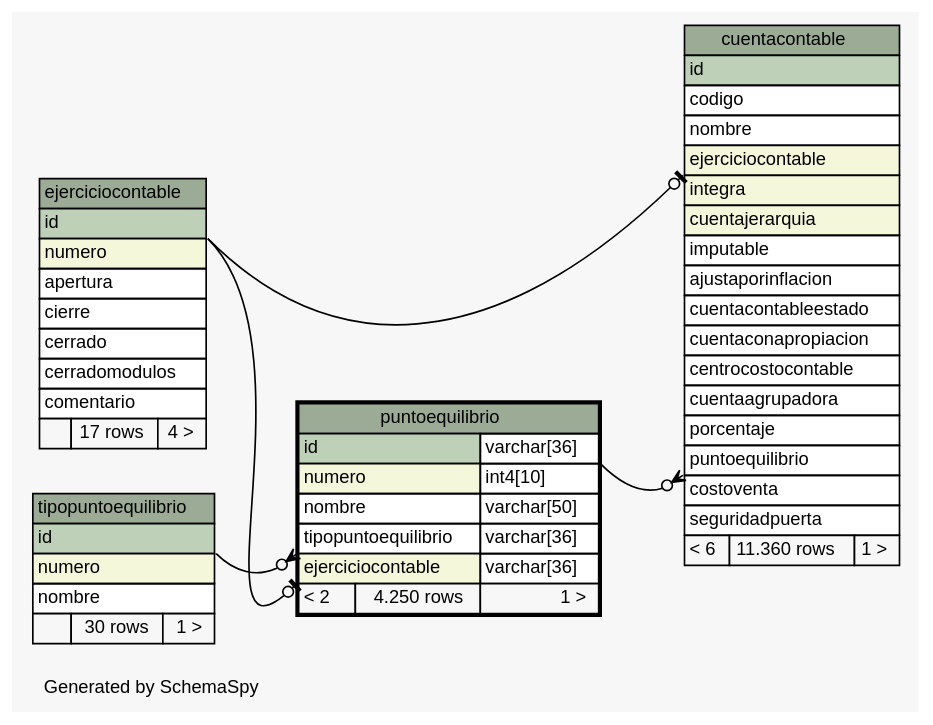
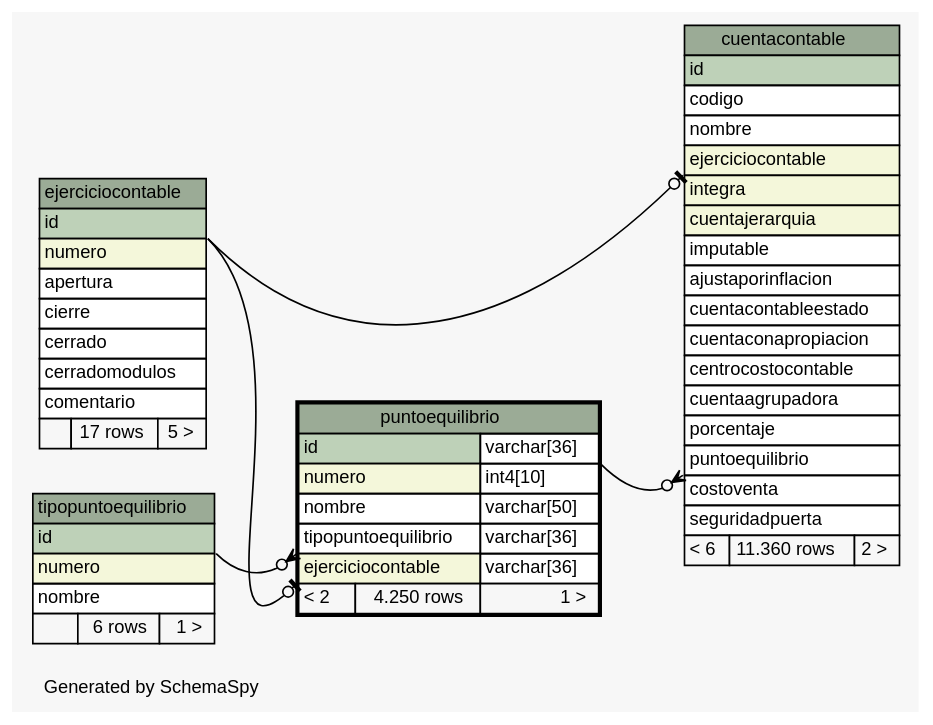
One commit to diegopablomansilla/ms14 changed the diagram in files/db/pp/schema/diagrams/puntoequilibrio.1degree.dot. Above: the diagram before and after it, drawn with Graphviz. The commit also changed 134 other files, not shown here.

```diff
--- a/files/db/pp/schema/diagrams/puntoequilibrio.1degree.dot
+++ b/files/db/pp/schema/diagrams/puntoequilibrio.1degree.dot
@@ -1,93 +1,93 @@
 // dot 2.2.1 on Windows 10 10.0
 // SchemaSpy rev 590
 digraph "oneDegreeRelationshipsDiagram" {
   graph [
     rankdir="RL"
     bgcolor="#f7f7f7"
     label="\nGenerated by SchemaSpy"
     labeljust="l"
     nodesep="0.18"
     ranksep="0.46"
     fontname="Helvetica"
     fontsize="11"
   ];
   node [
     fontname="Helvetica"
     fontsize="11"
     shape="plaintext"
   ];
   edge [
     arrowsize="0.8"
   ];
   "cuentacontable":"ejerciciocontable":sw -> "ejerciciocontable":"id":se [arrowhead=none dir=back arrowtail=teeodot];
   "cuentacontable":"puntoequilibrio":sw -> "puntoequilibrio":"id.type":se [arrowhead=none dir=back arrowtail=crowodot];
   "puntoequilibrio":"ejerciciocontable":sw -> "ejerciciocontable":"id":se [arrowhead=none dir=back arrowtail=teeodot];
   "puntoequilibrio":"tipopuntoequilibrio":sw -> "tipopuntoequilibrio":"id":se [arrowhead=none dir=back arrowtail=crowodot];
   "cuentacontable" [
     label=<
     <TABLE BORDER="0" CELLBORDER="1" CELLSPACING="0" BGCOLOR="#ffffff">
       <TR><TD COLSPAN="3" BGCOLOR="#9bab96" ALIGN="CENTER">cuentacontable</TD></TR>
       <TR><TD PORT="id" COLSPAN="3" BGCOLOR="#bed1b8" ALIGN="LEFT">id</TD></TR>
       <TR><TD PORT="codigo" COLSPAN="3" ALIGN="LEFT">codigo</TD></TR>
       <TR><TD PORT="nombre" COLSPAN="3" ALIGN="LEFT">nombre</TD></TR>
       <TR><TD PORT="ejerciciocontable" COLSPAN="3" BGCOLOR="#f4f7da" ALIGN="LEFT">ejerciciocontable</TD></TR>
       <TR><TD PORT="integra" COLSPAN="3" BGCOLOR="#f4f7da" ALIGN="LEFT">integra</TD></TR>
       <TR><TD PORT="cuentajerarquia" COLSPAN="3" BGCOLOR="#f4f7da" ALIGN="LEFT">cuentajerarquia</TD></TR>
       <TR><TD PORT="imputable" COLSPAN="3" ALIGN="LEFT">imputable</TD></TR>
       <TR><TD PORT="ajustaporinflacion" COLSPAN="3" ALIGN="LEFT">ajustaporinflacion</TD></TR>
       <TR><TD PORT="cuentacontableestado" COLSPAN="3" ALIGN="LEFT">cuentacontableestado</TD></TR>
       <TR><TD PORT="cuentaconapropiacion" COLSPAN="3" ALIGN="LEFT">cuentaconapropiacion</TD></TR>
       <TR><TD PORT="centrocostocontable" COLSPAN="3" ALIGN="LEFT">centrocostocontable</TD></TR>
       <TR><TD PORT="cuentaagrupadora" COLSPAN="3" ALIGN="LEFT">cuentaagrupadora</TD></TR>
       <TR><TD PORT="porcentaje" COLSPAN="3" ALIGN="LEFT">porcentaje</TD></TR>
       <TR><TD PORT="puntoequilibrio" COLSPAN="3" ALIGN="LEFT">puntoequilibrio</TD></TR>
       <TR><TD PORT="costoventa" COLSPAN="3" ALIGN="LEFT">costoventa</TD></TR>
       <TR><TD PORT="seguridadpuerta" COLSPAN="3" ALIGN="LEFT">seguridadpuerta</TD></TR>
-      <TR><TD ALIGN="LEFT" BGCOLOR="#f7f7f7">&lt; 6</TD><TD ALIGN="RIGHT" BGCOLOR="#f7f7f7">11.360 rows</TD><TD ALIGN="RIGHT" BGCOLOR="#f7f7f7">1 &gt;</TD></TR>
+      <TR><TD ALIGN="LEFT" BGCOLOR="#f7f7f7">&lt; 6</TD><TD ALIGN="RIGHT" BGCOLOR="#f7f7f7">11.360 rows</TD><TD ALIGN="RIGHT" BGCOLOR="#f7f7f7">2 &gt;</TD></TR>
     </TABLE>>
     URL="cuentacontable.html"
     tooltip="cuentacontable"
   ];
   "ejerciciocontable" [
     label=<
     <TABLE BORDER="0" CELLBORDER="1" CELLSPACING="0" BGCOLOR="#ffffff">
       <TR><TD COLSPAN="3" BGCOLOR="#9bab96" ALIGN="CENTER">ejerciciocontable</TD></TR>
       <TR><TD PORT="id" COLSPAN="3" BGCOLOR="#bed1b8" ALIGN="LEFT">id</TD></TR>
       <TR><TD PORT="numero" COLSPAN="3" BGCOLOR="#f4f7da" ALIGN="LEFT">numero</TD></TR>
       <TR><TD PORT="apertura" COLSPAN="3" ALIGN="LEFT">apertura</TD></TR>
       <TR><TD PORT="cierre" COLSPAN="3" ALIGN="LEFT">cierre</TD></TR>
       <TR><TD PORT="cerrado" COLSPAN="3" ALIGN="LEFT">cerrado</TD></TR>
       <TR><TD PORT="cerradomodulos" COLSPAN="3" ALIGN="LEFT">cerradomodulos</TD></TR>
       <TR><TD PORT="comentario" COLSPAN="3" ALIGN="LEFT">comentario</TD></TR>
-      <TR><TD ALIGN="LEFT" BGCOLOR="#f7f7f7">  </TD><TD ALIGN="RIGHT" BGCOLOR="#f7f7f7">17 rows</TD><TD ALIGN="RIGHT" BGCOLOR="#f7f7f7">4 &gt;</TD></TR>
+      <TR><TD ALIGN="LEFT" BGCOLOR="#f7f7f7">  </TD><TD ALIGN="RIGHT" BGCOLOR="#f7f7f7">17 rows</TD><TD ALIGN="RIGHT" BGCOLOR="#f7f7f7">5 &gt;</TD></TR>
     </TABLE>>
     URL="ejerciciocontable.html"
     tooltip="ejerciciocontable"
   ];
   "puntoequilibrio" [
     label=<
     <TABLE BORDER="2" CELLBORDER="1" CELLSPACING="0" BGCOLOR="#ffffff">
       <TR><TD COLSPAN="3" BGCOLOR="#9bab96" ALIGN="CENTER">puntoequilibrio</TD></TR>
       <TR><TD PORT="id" COLSPAN="2" BGCOLOR="#bed1b8" ALIGN="LEFT">id</TD><TD PORT="id.type" ALIGN="LEFT">varchar[36]</TD></TR>
       <TR><TD PORT="numero" COLSPAN="2" BGCOLOR="#f4f7da" ALIGN="LEFT">numero</TD><TD PORT="numero.type" ALIGN="LEFT">int4[10]</TD></TR>
       <TR><TD PORT="nombre" COLSPAN="2" ALIGN="LEFT">nombre</TD><TD PORT="nombre.type" ALIGN="LEFT">varchar[50]</TD></TR>
       <TR><TD PORT="tipopuntoequilibrio" COLSPAN="2" ALIGN="LEFT">tipopuntoequilibrio</TD><TD PORT="tipopuntoequilibrio.type" ALIGN="LEFT">varchar[36]</TD></TR>
       <TR><TD PORT="ejerciciocontable" COLSPAN="2" BGCOLOR="#f4f7da" ALIGN="LEFT">ejerciciocontable</TD><TD PORT="ejerciciocontable.type" ALIGN="LEFT">varchar[36]</TD></TR>
       <TR><TD ALIGN="LEFT" BGCOLOR="#f7f7f7">&lt; 2</TD><TD ALIGN="RIGHT" BGCOLOR="#f7f7f7">4.250 rows</TD><TD ALIGN="RIGHT" BGCOLOR="#f7f7f7">1 &gt;</TD></TR>
     </TABLE>>
     URL="puntoequilibrio.html"
     tooltip="puntoequilibrio"
   ];
   "tipopuntoequilibrio" [
     label=<
     <TABLE BORDER="0" CELLBORDER="1" CELLSPACING="0" BGCOLOR="#ffffff">
       <TR><TD COLSPAN="3" BGCOLOR="#9bab96" ALIGN="CENTER">tipopuntoequilibrio</TD></TR>
       <TR><TD PORT="id" COLSPAN="3" BGCOLOR="#bed1b8" ALIGN="LEFT">id</TD></TR>
       <TR><TD PORT="numero" COLSPAN="3" BGCOLOR="#f4f7da" ALIGN="LEFT">numero</TD></TR>
       <TR><TD PORT="nombre" COLSPAN="3" ALIGN="LEFT">nombre</TD></TR>
-      <TR><TD ALIGN="LEFT" BGCOLOR="#f7f7f7">  </TD><TD ALIGN="RIGHT" BGCOLOR="#f7f7f7">30 rows</TD><TD ALIGN="RIGHT" BGCOLOR="#f7f7f7">1 &gt;</TD></TR>
+      <TR><TD ALIGN="LEFT" BGCOLOR="#f7f7f7">  </TD><TD ALIGN="RIGHT" BGCOLOR="#f7f7f7">6 rows</TD><TD ALIGN="RIGHT" BGCOLOR="#f7f7f7">1 &gt;</TD></TR>
     </TABLE>>
     URL="tipopuntoequilibrio.html"
     tooltip="tipopuntoequilibrio"
   ];
 }
```
